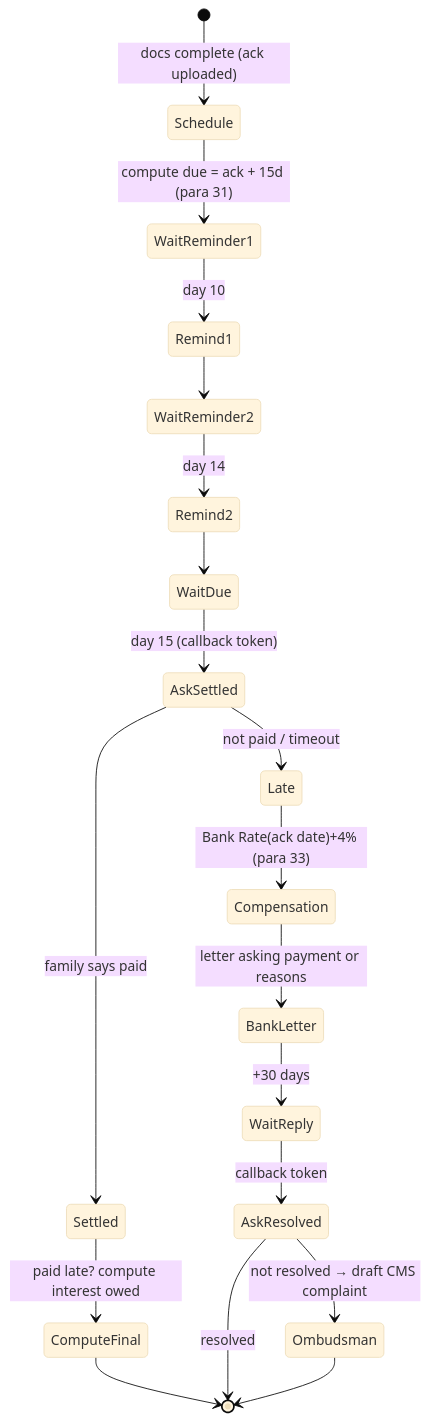
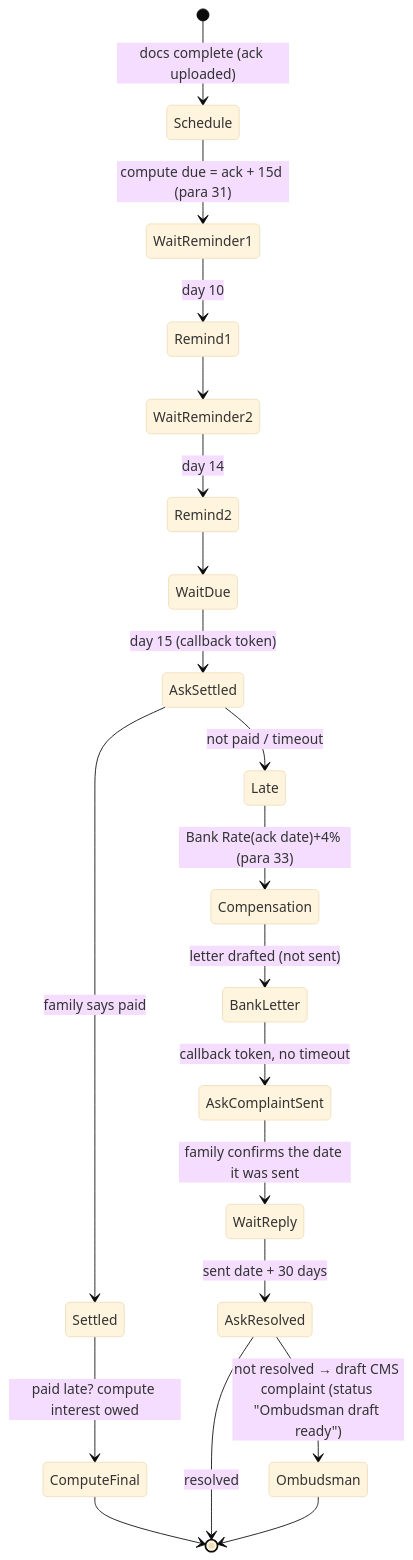
One commit to DhrubaAgarwalla/afterloss changed the third of 3 diagrams in docs/ARCHITECTURE.md. Above: the diagram before and after it, drawn with Mermaid (base theme). The commit also changed other lines of this file and 29 other files, not shown here.

````diff
--- a/docs/ARCHITECTURE.md
+++ b/docs/ARCHITECTURE.md
@@ -115,21 +115,22 @@
 ```mermaid
 stateDiagram-v2
   [*] --> Schedule: docs complete (ack uploaded)
   Schedule --> WaitReminder1: compute due = ack + 15d (para 31)
   WaitReminder1 --> Remind1: day 10
   Remind1 --> WaitReminder2
   WaitReminder2 --> Remind2: day 14
   Remind2 --> WaitDue
   WaitDue --> AskSettled: day 15 (callback token)
   AskSettled --> Settled: family says paid
   AskSettled --> Late: not paid / timeout
   Settled --> ComputeFinal: paid late? compute interest owed
   ComputeFinal --> [*]
   Late --> Compensation: Bank Rate(ack date)+4% (para 33)
-  Compensation --> BankLetter: letter asking payment or reasons
-  BankLetter --> WaitReply: +30 days
-  WaitReply --> AskResolved: callback token
+  Compensation --> BankLetter: letter drafted (not sent)
+  BankLetter --> AskComplaintSent: callback token, no timeout
+  AskComplaintSent --> WaitReply: family confirms the date it was sent
+  WaitReply --> AskResolved: sent date + 30 days
   AskResolved --> [*]: resolved
-  AskResolved --> Ombudsman: not resolved → draft CMS complaint
+  AskResolved --> Ombudsman: not resolved → draft CMS complaint (status "Ombudsman draft ready")
   Ombudsman --> [*]
 ```
````
